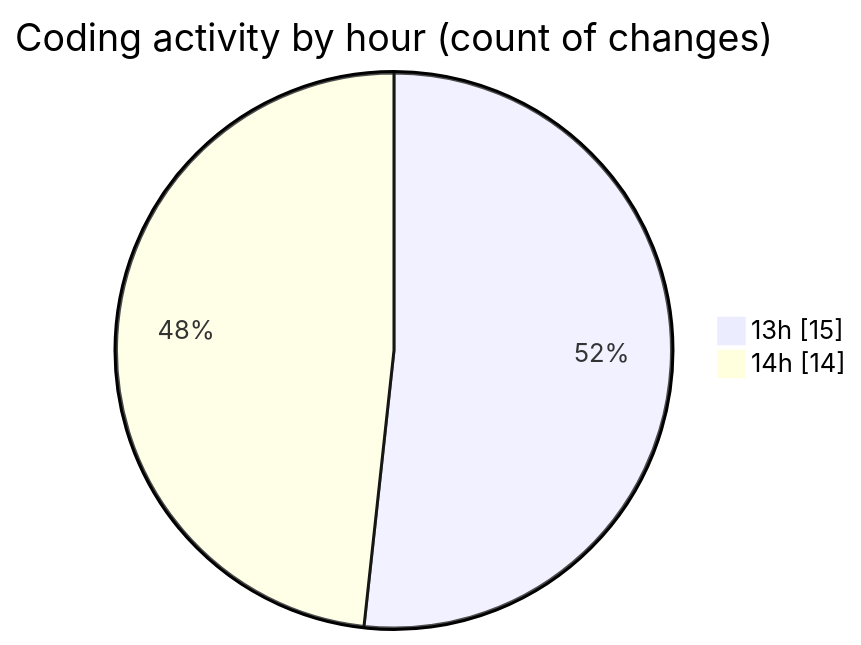
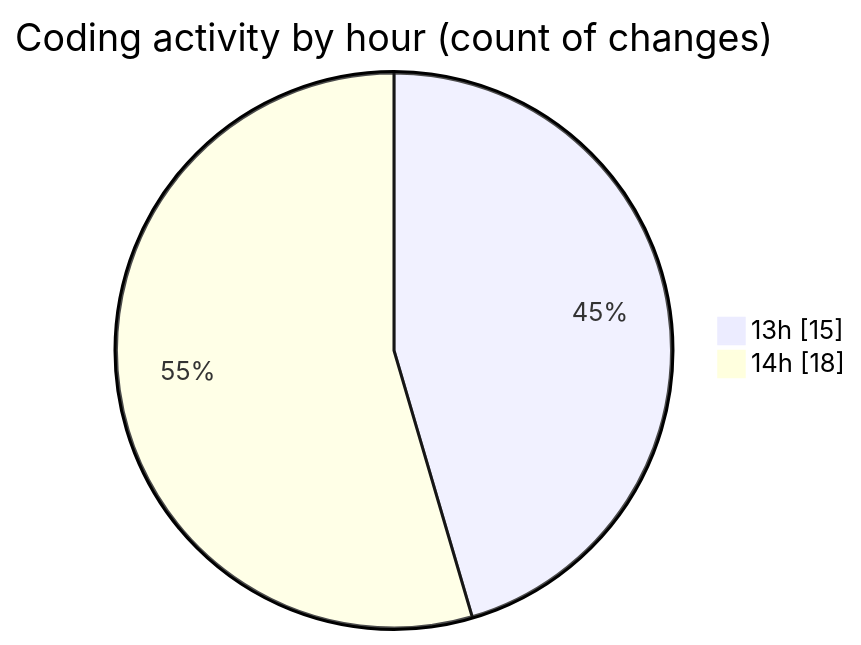
One commit to idhammustaqopulfikri/code-tracking changed the second of 2 diagrams in 2025-05-15/bookingpodcas/README.md. Above: the diagram before and after it, drawn with Mermaid. The commit also changed other lines of this file and 1 other file, not shown here.

````diff
--- a/2025-05-15/bookingpodcas/README.md
+++ b/2025-05-15/bookingpodcas/README.md
@@ -36,6 +36,6 @@
 ```mermaid
 pie showData
 title Coding activity by hour (count of changes)
 "13h" : 15
-"14h" : 14
+"14h" : 18
 ```
````
